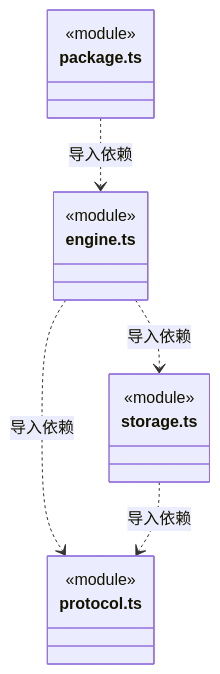
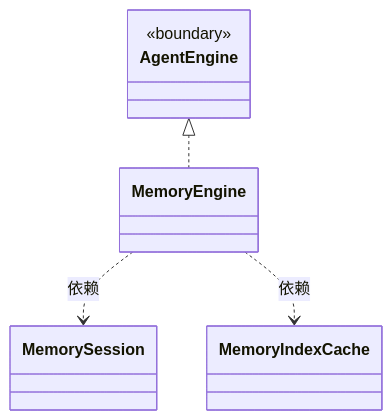
One commit to nan023062/cbim changed the diagram in src/logic/execution/engines/memory/ARCHITECTURE.md. Above: the diagram before and after it, drawn with Mermaid. The commit also changed other lines of this file and 158 other files, not shown here.

Commit message:
docs: model architecture through nested virtual encapsulations

````diff
--- a/src/logic/execution/engines/memory/ARCHITECTURE.md
+++ b/src/logic/execution/engines/memory/ARCHITECTURE.md
@@ -204,19 +21,16 @@
 ```mermaid
 classDiagram
-class N_src_logic_execution_engines_memory_engine_ts["engine.ts"] {
-  <<module>>
+class N_7dbde92055d8["MemoryEngine"]
+click N_7dbde92055d8 href "engine.ts"
+class N_4c39f6f70a47["MemorySession"]
+click N_4c39f6f70a47 href "storage.ts"
+class N_88301856b526["MemoryIndexCache"]
+click N_88301856b526 href "storage.ts"
+class N_649b8a6ac172["AgentEngine"] {
+  <<boundary>>
 }
-class N_src_logic_execution_engines_memory_protocol_ts["protocol.ts"] {
-  <<module>>
-}
-class N_src_logic_execution_engines_memory_storage_ts["storage.ts"] {
-  <<module>>
-}
-class N_src_logic_execution_engines_memory_package_ts["package.ts"] {
-  <<module>>
-}
-N_src_logic_execution_engines_memory_engine_ts ..> N_src_logic_execution_engines_memory_protocol_ts : 导入依赖
-N_src_logic_execution_engines_memory_engine_ts ..> N_src_logic_execution_engines_memory_storage_ts : 导入依赖
-N_src_logic_execution_engines_memory_package_ts ..> N_src_logic_execution_engines_memory_engine_ts : 导入依赖
-N_src_logic_execution_engines_memory_storage_ts ..> N_src_logic_execution_engines_memory_protocol_ts : 导入依赖
+click N_649b8a6ac172 href "../../rules/types.ts"
+N_7dbde92055d8 ..> N_4c39f6f70a47 : 依赖
+N_7dbde92055d8 ..> N_88301856b526 : 依赖
+N_649b8a6ac172 <|.. N_7dbde92055d8
 ```
````
